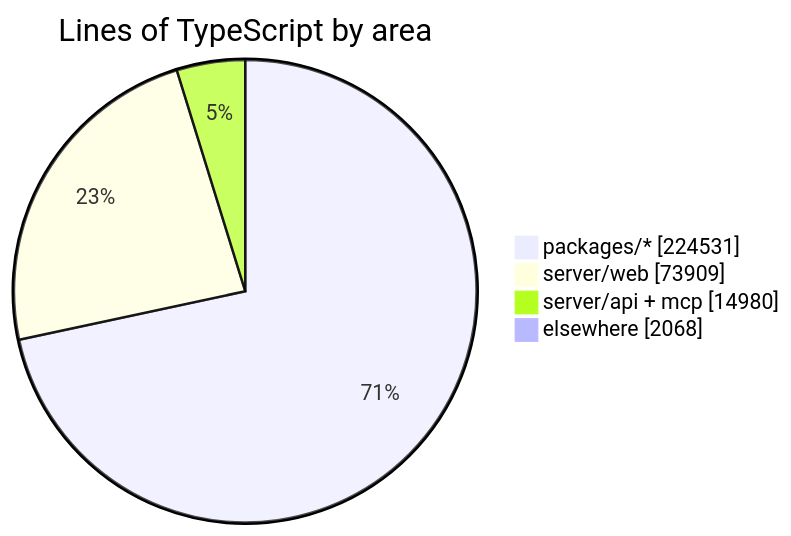
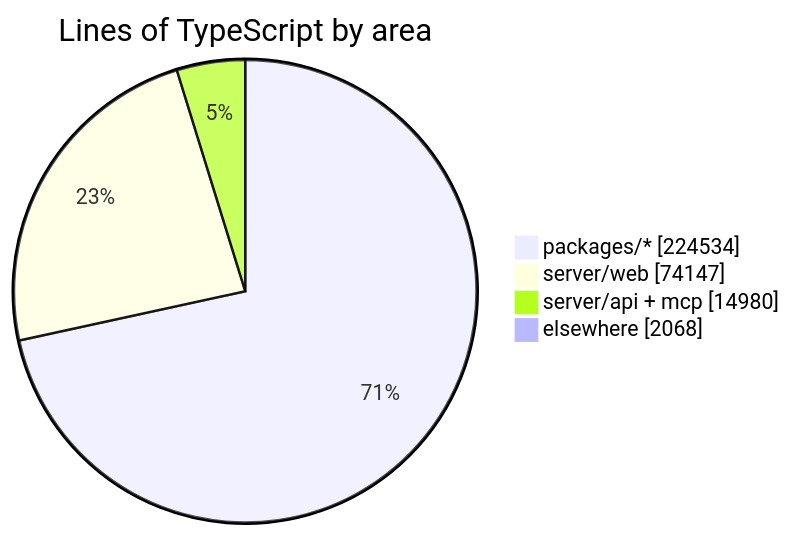
Before and after one commit to crossworks-engineering/mantle: the diagram in README.md, drawn with Mermaid. The commit also changed other lines of this file and 2 other files, not shown here.

````diff
--- a/README.md
+++ b/README.md
@@ -287,7 +287,7 @@
 ```mermaid
 pie showData title Lines of TypeScript by area
-    "packages/*" : 224531
-    "server/web" : 73909
+    "packages/*" : 224534
+    "server/web" : 74147
     "server/api + mcp" : 14980
     "elsewhere" : 2068
 ```
````
